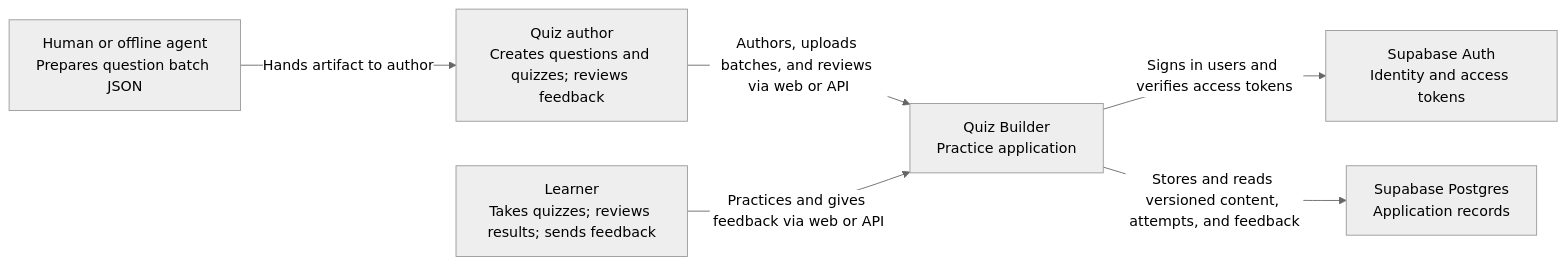
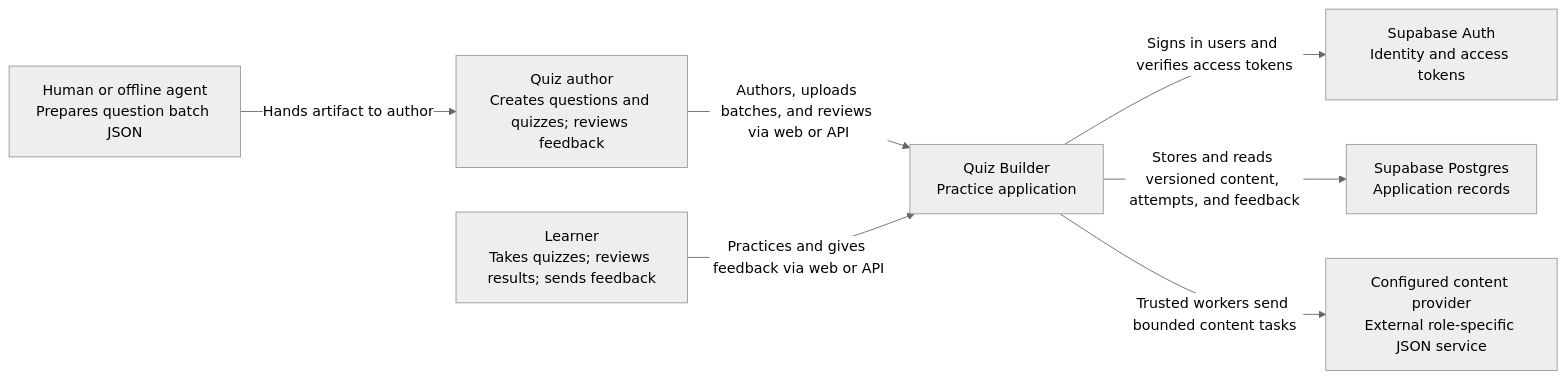
One commit to crennie/quiz-builder changed the diagram in docs/architecture/static/context.md. Above: the diagram before and after it, drawn with Mermaid (neutral theme). The commit also changed other lines of this file and 13 other files, not shown here.

````diff
--- a/docs/architecture/static/context.md
+++ b/docs/architecture/static/context.md
@@ -5,15 +5,17 @@
 ```mermaid
 flowchart LR
     author["Quiz author<br/>Creates questions and quizzes; reviews feedback"]
     producer["Human or offline agent<br/>Prepares question batch JSON"]
     learner["Learner<br/>Takes quizzes; reviews results; sends feedback"]
     system["Quiz Builder<br/>Practice application"]
     auth["Supabase Auth<br/>Identity and access tokens"]
     postgres["Supabase Postgres<br/>Application records"]
+    provider["Configured content provider<br/>External role-specific JSON service"]
 
     producer -->|Hands artifact to author| author
     author -->|Authors, uploads batches, and reviews via web or API| system
     learner -->|Practices and gives feedback via web or API| system
     system -->|Signs in users and verifies access tokens| auth
     system -->|Stores and reads versioned content, attempts, and feedback| postgres
+    system -->|Trusted workers send bounded content tasks| provider
 ```
````
